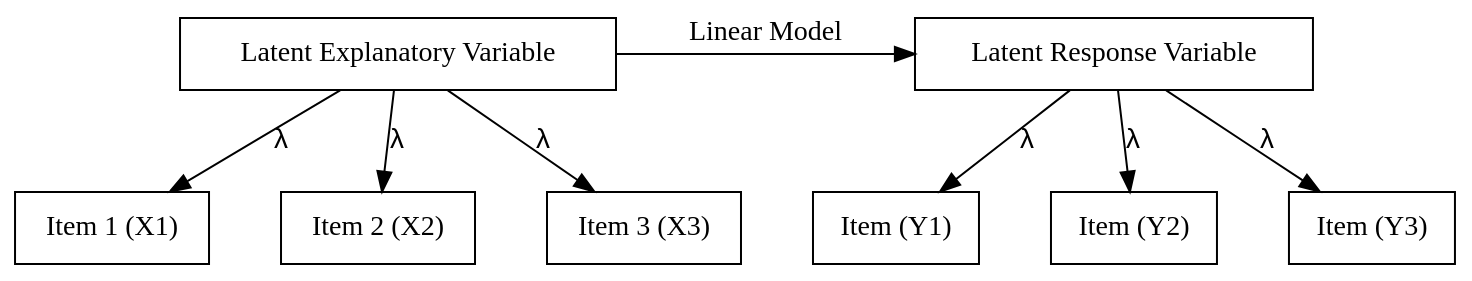
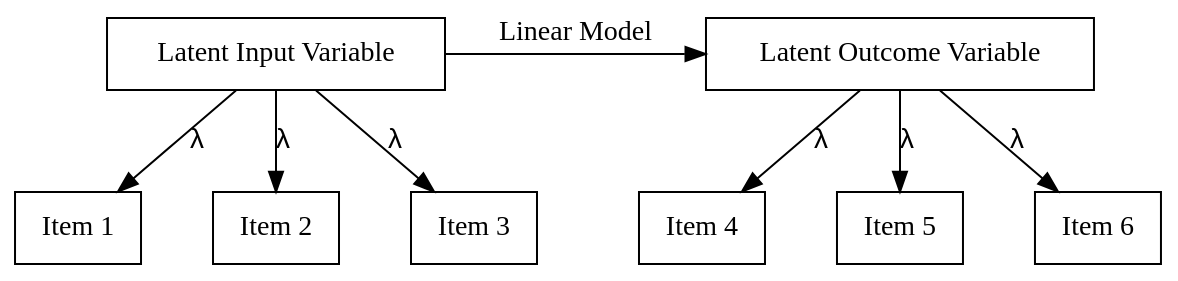
Before and after one commit to kevinli03/pspe: the first of 2 diagrams in latent/sem.qmd, drawn with Graphviz. The commit also changed other lines of this file and 51 other files, not shown here.

````diff
--- a/latent/sem.qmd
+++ b/latent/sem.qmd
@@ -8,28 +8,28 @@
 ```{dot}
 //| fig-width: 6
 //| fig-height: 1.2
 digraph example2 {
   bgcolor="transparent";
   // Nodes
-  F1 [shape=box, pos = "0,0!", label="Latent Explanatory Variable"]
-  X1 [shape=box, pos = "2,0!", label="Item 1 (X1)"]
-  X2 [shape=box, pos = "1,-2!", label="Item 2 (X2)"]
-  X3 [shape=box, pos="1,0!", label="Item 3 (X3)"]
-  F2 [shape=box, pos = "0,0!", label="Latent Response Variable"]
-  X4 [shape=box, pos = "2,0!", label="Item (Y1)"]
-  X5 [shape=box, pos = "1,-2!", label="Item (Y2)"]
-  X6 [shape=box, pos="1,0!", label="Item (Y3)"]
+  F1 [shape=box, pos = "0,0!", label="Latent Input Variable"]
+  X1 [shape=box, pos = "2,0!", label="Item 1"]
+  X2 [shape=box, pos = "1,-2!", label="Item 2"]
+  X3 [shape=box, pos="1,0!", label="Item 3"]
+  F2 [shape=box, pos = "0,0!", label="Latent Outcome Variable"]
+  X4 [shape=box, pos = "2,0!", label="Item 4"]
+  X5 [shape=box, pos = "1,-2!", label="Item 5"]
+  X6 [shape=box, pos="1,0!", label="Item 6"]
 
   // Edges
   {F1 -> X1 [label=<<FONT FACE="Arial">&lambda;</FONT>>]}
   {F1 -> X2 [label=<<FONT FACE="Arial">&lambda;</FONT>>]}
   {F1 -> X3 [label=<<FONT FACE="Arial">&lambda;</FONT>>]}
   {F2 -> X4 [label=<<FONT FACE="Arial">&lambda;</FONT>>]}
   {F2 -> X5 [label=<<FONT FACE="Arial">&lambda;</FONT>>]}
   {F2 -> X6 [label=<<FONT FACE="Arial">&lambda;</FONT>>]}
   {rank=same; F1 -> F2 [label="Linear Model"]}
   
   graph [nodesep=0.5, ranksep=0.5]
 
 }
 ```
````
